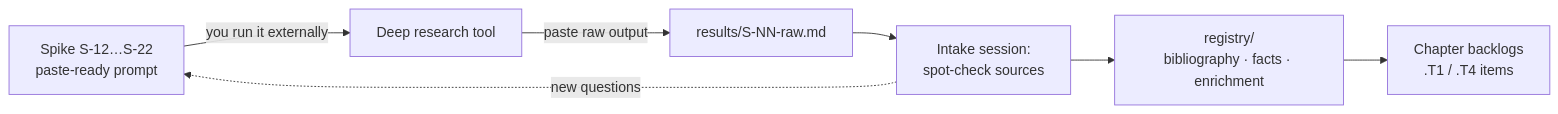
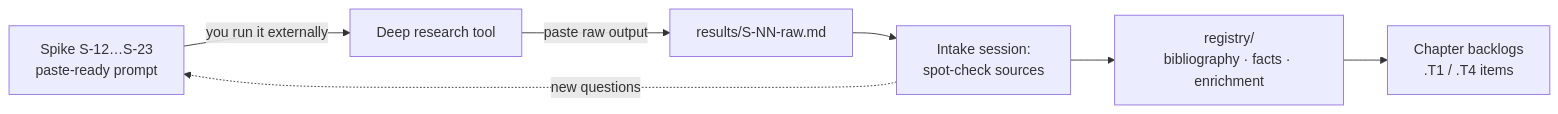
The diagram in book/plans/research/README.md (Israel-Laguan/marco-polo-reimagined), drawn with Mermaid before and after one commit. The commit also changed other lines of this file and 3 other files, not shown here.

First line of the commit message:
S-23: deep-research spike to scout more media visual references

````diff
--- a/book/plans/research/README.md
+++ b/book/plans/research/README.md
@@ -13,9 +13,9 @@
 ```mermaid
 flowchart LR
-  P[Spike S-12…S-22<br/>paste-ready prompt] -->|you run it externally| X[Deep research tool]
+  P[Spike S-12…S-23<br/>paste-ready prompt] -->|you run it externally| X[Deep research tool]
   X -->|paste raw output| R[results/S-NN-raw.md]
   R --> C[Intake session:<br/>spot-check sources]
   C --> G[registry/<br/>bibliography · facts · enrichment]
   G --> B[Chapter backlogs<br/>.T1 / .T4 items]
   C -.new questions.-> P
 ```
````
